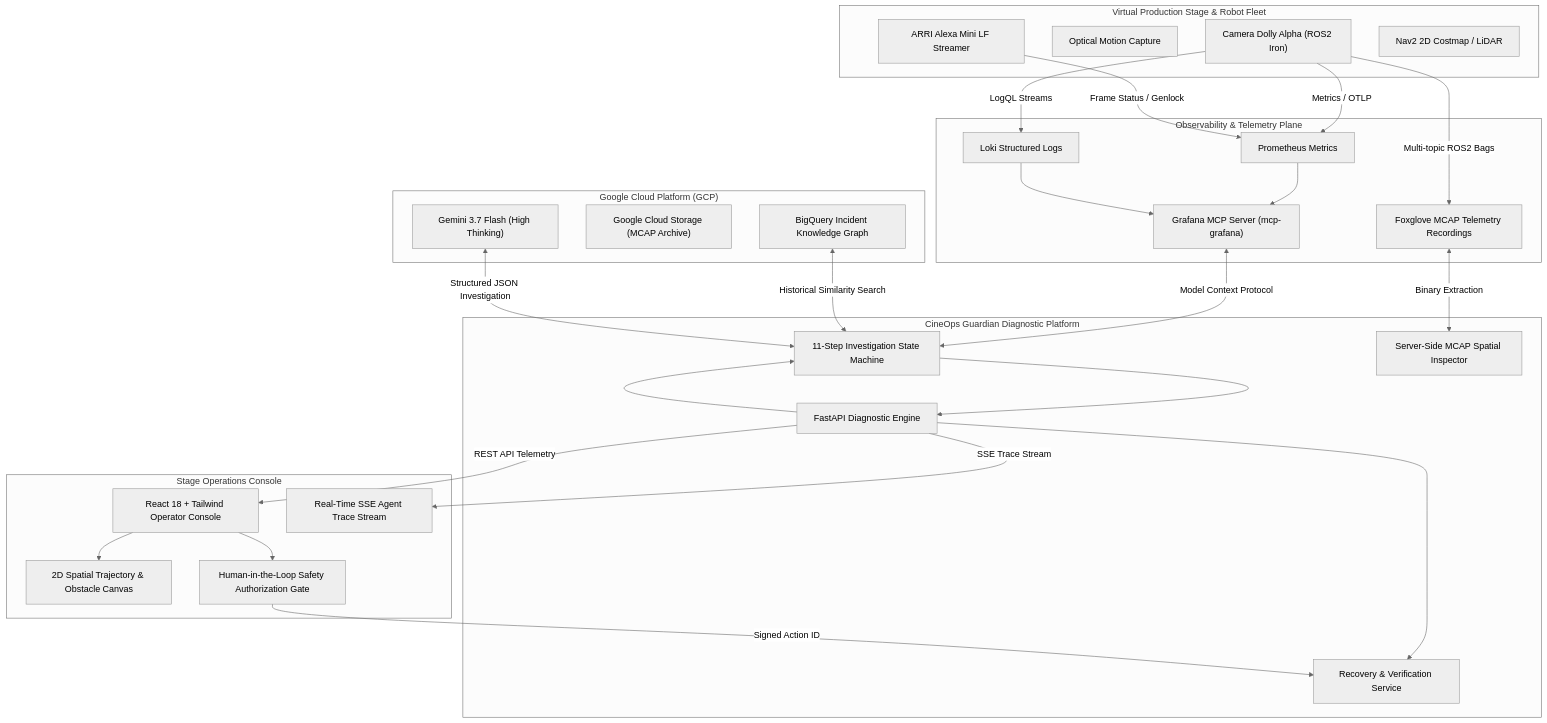
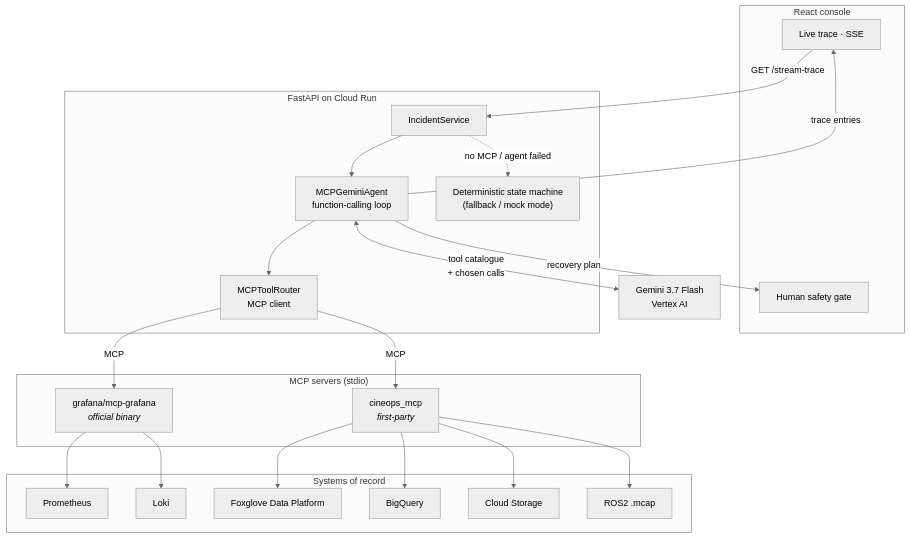
The diagram in README.md (chquandogong/cineops-guardian), drawn with Mermaid (neutral theme) before and after one commit. The commit also changed other lines of this file and 6 other files, not shown here.

First line of the commit message:
docs: rewrite the README around the MCP agent, in EN/KO/ZH

````diff
--- a/README.md
+++ b/README.md
@@ -43,59 +74,46 @@
 ```mermaid
 flowchart TB
-    subgraph StageEnvironment["Virtual Production Stage & Robot Fleet"]
-        Dolly["Camera Dolly Alpha (ROS2 Iron)"]
-        OptiTrack["Optical Motion Capture"]
-        ARRI["ARRI Alexa Mini LF Streamer"]
-        Costmap["Nav2 2D Costmap / LiDAR"]
+    subgraph Console["React console"]
+        UI["Live trace · SSE"]
+        GATE["Human safety gate"]
     end
 
-    subgraph ObservabilityLayer["Observability & Telemetry Plane"]
-        Prometheus["Prometheus Metrics"]
-        Loki["Loki Structured Logs"]
-        GrafanaMCP["Grafana MCP Server (mcp-grafana)"]
-        MCAPFiles["Foxglove MCAP Telemetry Recordings"]
+    subgraph Backend["FastAPI on Cloud Run"]
+        SVC["IncidentService"]
+        AGENT["MCPGeminiAgent<br/>function-calling loop"]
+        ROUTER["MCPToolRouter<br/>MCP client"]
+        FALLBACK["Deterministic state machine<br/>(fallback / mock mode)"]
     end
 
-    subgraph CloudLayer["Google Cloud Platform (GCP)"]
-        BigQuery["BigQuery Incident Knowledge Graph"]
-        GCS["Google Cloud Storage (MCAP Archive)"]
-        Gemini["Gemini 3.7 Flash (High Thinking)"]
+    subgraph MCP["MCP servers (stdio)"]
+        MCPG["grafana/mcp-grafana<br/><i>official binary</i>"]
+        MCPC["cineops_mcp<br/><i>first-party</i>"]
     end
 
-    subgraph CorePlatform["CineOps Guardian Diagnostic Platform"]
-        FastAPIServer["FastAPI Diagnostic Engine"]
-        StateMachine["11-Step Investigation State Machine"]
-        MCAPInspector["Server-Side MCAP Spatial Inspector"]
-        RecoverySvc["Recovery & Verification Service"]
+    GEMINI["Gemini 3.7 Flash<br/>Vertex AI"]
+
+    subgraph Systems["Systems of record"]
+        PROM["Prometheus"]
+        LOKI["Loki"]
+        FOX["Foxglove Data Platform"]
+        BQ["BigQuery"]
+        GCS["Cloud Storage"]
+        MCAP["ROS2 .mcap"]
     end
 
-    subgraph UserInterface["Stage Operations Console"]
-        ReactApp["React 18 + Tailwind Operator Console"]
-        CanvasTrajectory["2D Spatial Trajectory & Obstacle Canvas"]
-        LiveTrace["Real-Time SSE Agent Trace Stream"]
-        SafetyModal["Human-in-the-Loop Safety Authorization Gate"]
-    end
-
-    Dolly -->|Metrics / OTLP| Prometheus
-    Dolly -->|LogQL Streams| Loki
-    Dolly -->|Multi-topic ROS2 Bags| MCAPFiles
-    ARRI -->|Frame Status / Genlock| Prometheus
-
-    Prometheus --> GrafanaMCP
-    Loki --> GrafanaMCP
-
-    GrafanaMCP <-->|Model Context Protocol| StateMachine
-    MCAPFiles <-->|Binary Extraction| MCAPInspector
-    BigQuery <-->|Historical Similarity Search| StateMachine
-    Gemini <-->|Structured JSON Investigation| StateMachine
-
-    FastAPIServer --> StateMachine
-    FastAPIServer --> RecoverySvc
-    StateMachine --> FastAPIServer
-
-    FastAPIServer -->|SSE Trace Stream| LiveTrace
-    FastAPIServer -->|REST API Telemetry| ReactApp
-    ReactApp --> CanvasTrajectory
-    ReactApp --> SafetyModal
-    SafetyModal -->|Signed Action ID| RecoverySvc
+    UI -->|"GET /stream-trace"| SVC
+    SVC --> AGENT
+    SVC -.->|"no MCP / agent failed"| FALLBACK
+    AGENT <-->|"tool catalogue<br/>+ chosen calls"| GEMINI
+    AGENT --> ROUTER
+    ROUTER -->|"MCP"| MCPG
+    ROUTER -->|"MCP"| MCPC
+    MCPG --> PROM
+    MCPG --> LOKI
+    MCPC --> FOX
+    MCPC --> BQ
+    MCPC --> GCS
+    MCPC --> MCAP
+    AGENT -->|"trace entries"| UI
+    AGENT -->|"recovery plan"| GATE
 ```
````
